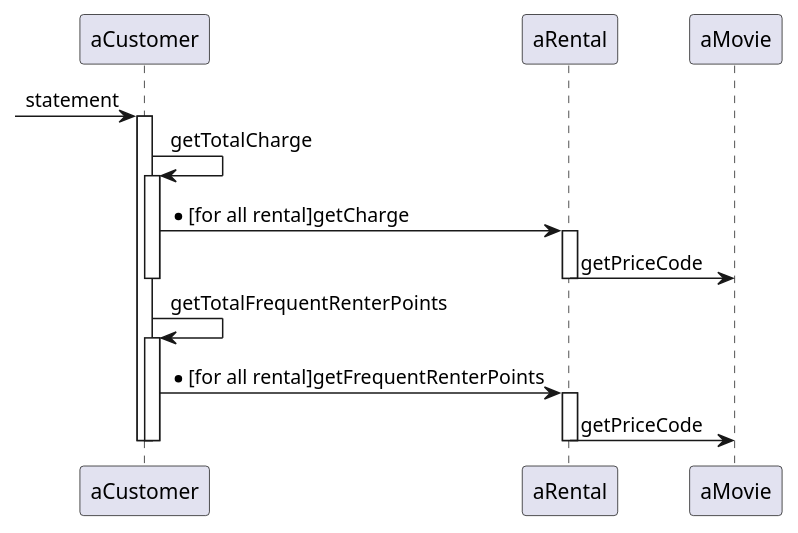
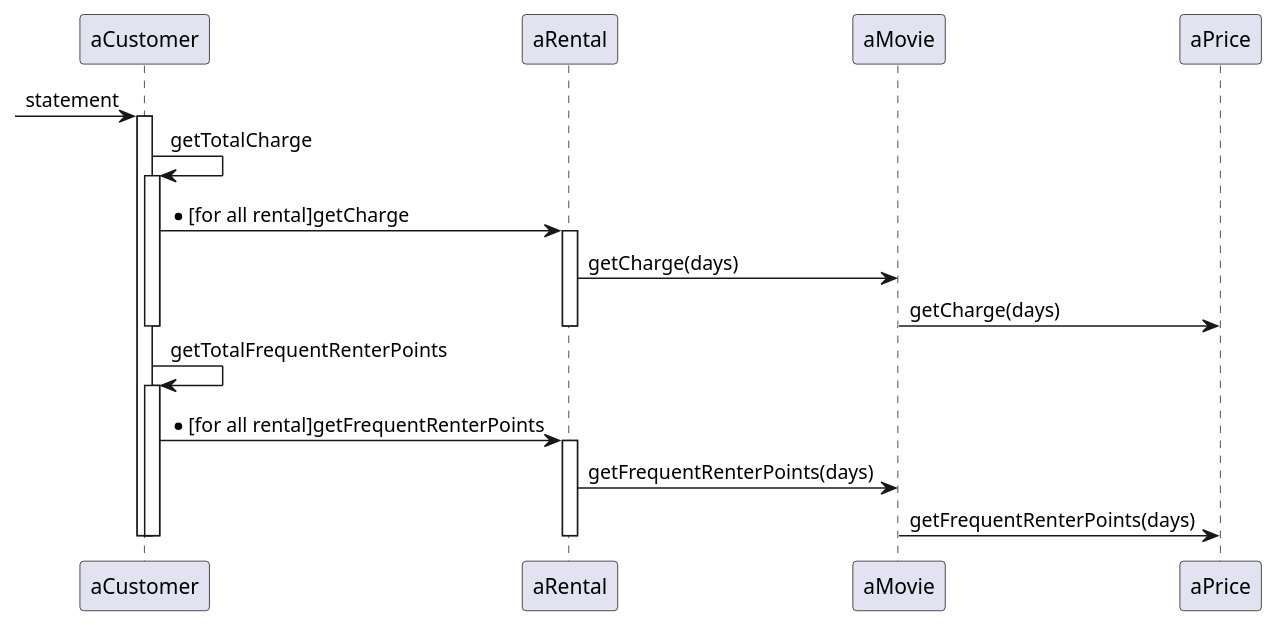
One commit to k2works/etude_for_java changed the third of 3 diagrams in docs/src/refacotring.md. Above: the diagram before and after it, drawn with PlantUML. The commit also changed other lines of this file and 4 other files, not shown here.

````diff
--- a/docs/src/refacotring.md
+++ b/docs/src/refacotring.md
@@ -85,21 +88,23 @@
 ```puml
 @startuml
 -> aCustomer: statement
    activate aCustomer
        aCustomer -> aCustomer :getTotalCharge
        activate aCustomer
            aCustomer -> aRental :*[for all rental]getCharge
            activate aRental
-               aRental -> aMovie :getPriceCode   
-           deactivate aRental                 
-       deactivate aCustomer                             
+               aRental -> aMovie :getCharge(days)
+               aMovie -> aPrice :getCharge(days)
+           deactivate aRental
+       deactivate aCustomer
        aCustomer -> aCustomer :getTotalFrequentRenterPoints
        activate aCustomer       
            aCustomer -> aRental :*[for all rental]getFrequentRenterPoints
            activate aRental
-               aRental -> aMovie :getPriceCode   
-           deactivate aRental                      
+               aRental -> aMovie :getFrequentRenterPoints(days)
+               aMovie -> aPrice :getFrequentRenterPoints(days)
+           deactivate aRental
        deactivate aCustomer
    deactivate aCustomer
 @enduml
 ```
````
